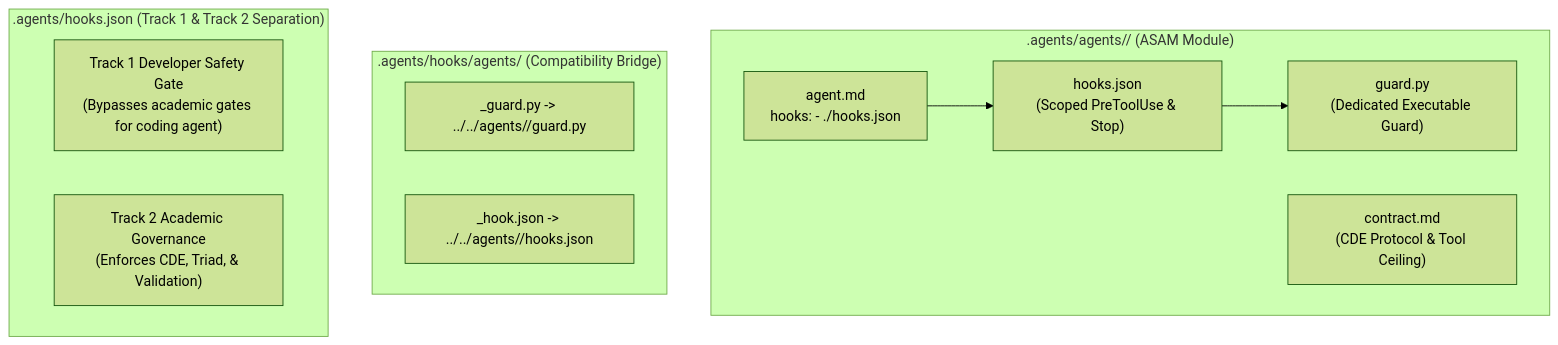
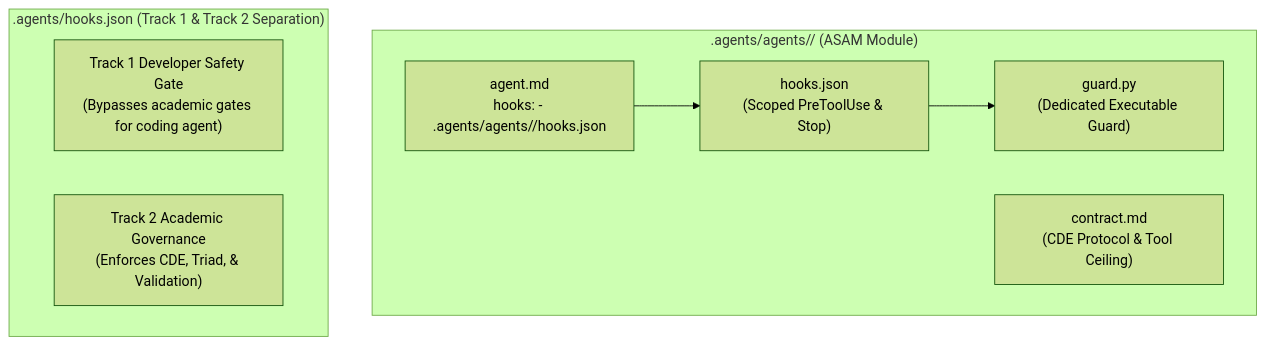
Before and after one commit to GhaderiSaber/AcademicSuite: the diagram in docs/RULE_INVENTORY.md, drawn with Mermaid (forest theme). The commit also changed other lines of this file and 129 other files, not shown here.

Commit message:
refactor(hooks): remove symlinks, declare canonical non-shortpath hook paths across all 31 agents

````diff
--- a/docs/RULE_INVENTORY.md
+++ b/docs/RULE_INVENTORY.md
@@ -84,22 +84,17 @@
 ```mermaid
 flowchart TD
     subgraph AgentDir [".agents/agents/<agent_name>/ (ASAM Module)"]
-        AF["agent.md\nhooks: - ./hooks.json"]
+        AF["agent.md\nhooks: - .agents/agents/<name>/hooks.json"]
         Contract["contract.md\n(CDE Protocol & Tool Ceiling)"]
         HookConfig["hooks.json\n(Scoped PreToolUse & Stop)"]
         GuardScript["guard.py\n(Dedicated Executable Guard)"]
         
         AF --> HookConfig
         HookConfig --> GuardScript
     end
 
-    subgraph SymlinkBridge [".agents/hooks/agents/ (Compatibility Bridge)"]
-        SymlinkGuard["<snake>_guard.py -> ../../agents/<name>/guard.py"]
-        SymlinkHook["<snake>_hook.json -> ../../agents/<name>/hooks.json"]
-    end
-
     subgraph DualTrack [".agents/hooks.json (Track 1 & Track 2 Separation)"]
         Track1["Track 1 Developer Safety Gate\n(Bypasses academic gates for coding agent)"]
         Track2["Track 2 Academic Governance\n(Enforces CDE, Triad, & Validation)"]
     end
 ```
````
